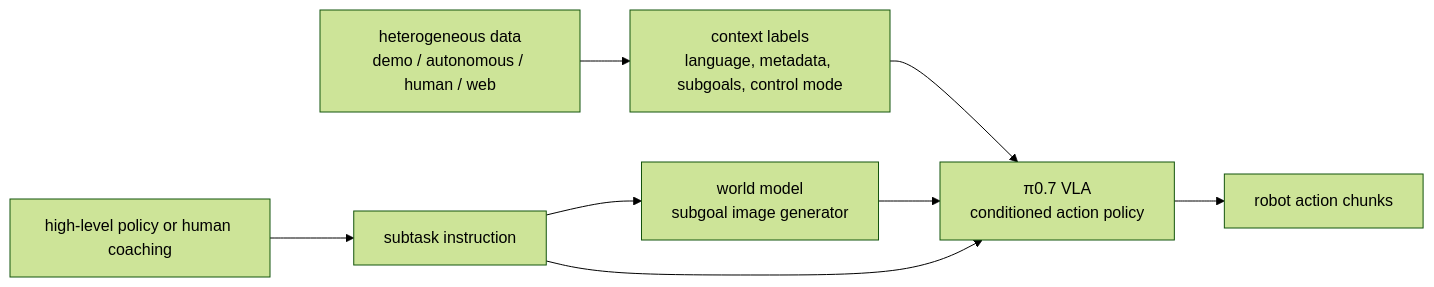
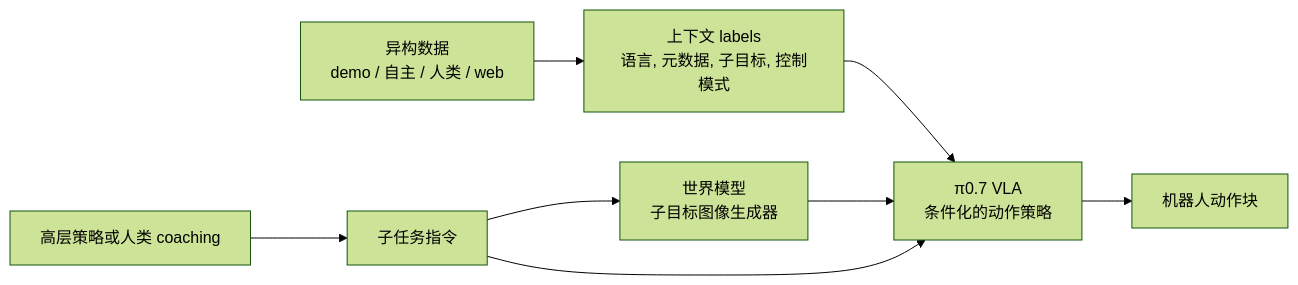
Before and after one commit to niuverse/llm-wiki: the diagram in wiki/entities/Pi07.md, drawn with Mermaid (forest theme). The commit also changed other lines of this file and 123 other files, not shown here.

````diff
--- a/wiki/entities/Pi07.md
+++ b/wiki/entities/Pi07.md
@@ -23,10 +23,10 @@
 ```mermaid
 flowchart LR
-  A["heterogeneous data<br/>demo / autonomous / human / web"] --> B["context labels<br/>language, metadata, subgoals, control mode"]
-  B --> C["π0.7 VLA<br/>conditioned action policy"]
-  D["high-level policy or human coaching"] --> E["subtask instruction"]
-  E --> F["world model<br/>subgoal image generator"]
+  A["异构数据<br/>demo / 自主 / 人类 / web"] --> B["上下文 labels<br/>语言, 元数据, 子目标, 控制模式"]
+  B --> C["π0.7 VLA<br/>条件化的动作策略"]
+  D["高层策略或人类 coaching"] --> E["子任务指令"]
+  E --> F["世界模型<br/>子目标图像生成器"]
   F --> C
   E --> C
-  C --> G["robot action chunks"]
+  C --> G["机器人动作块"]
 ```
````
